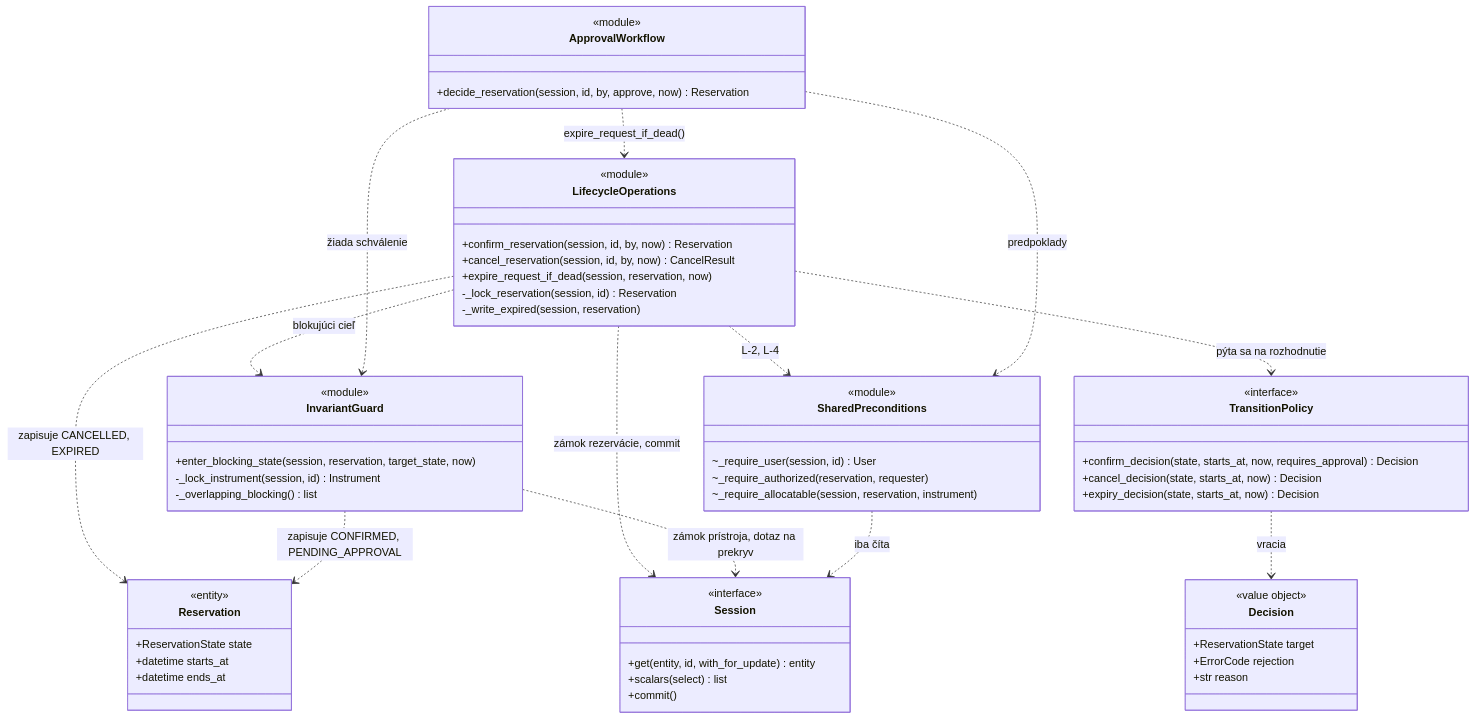
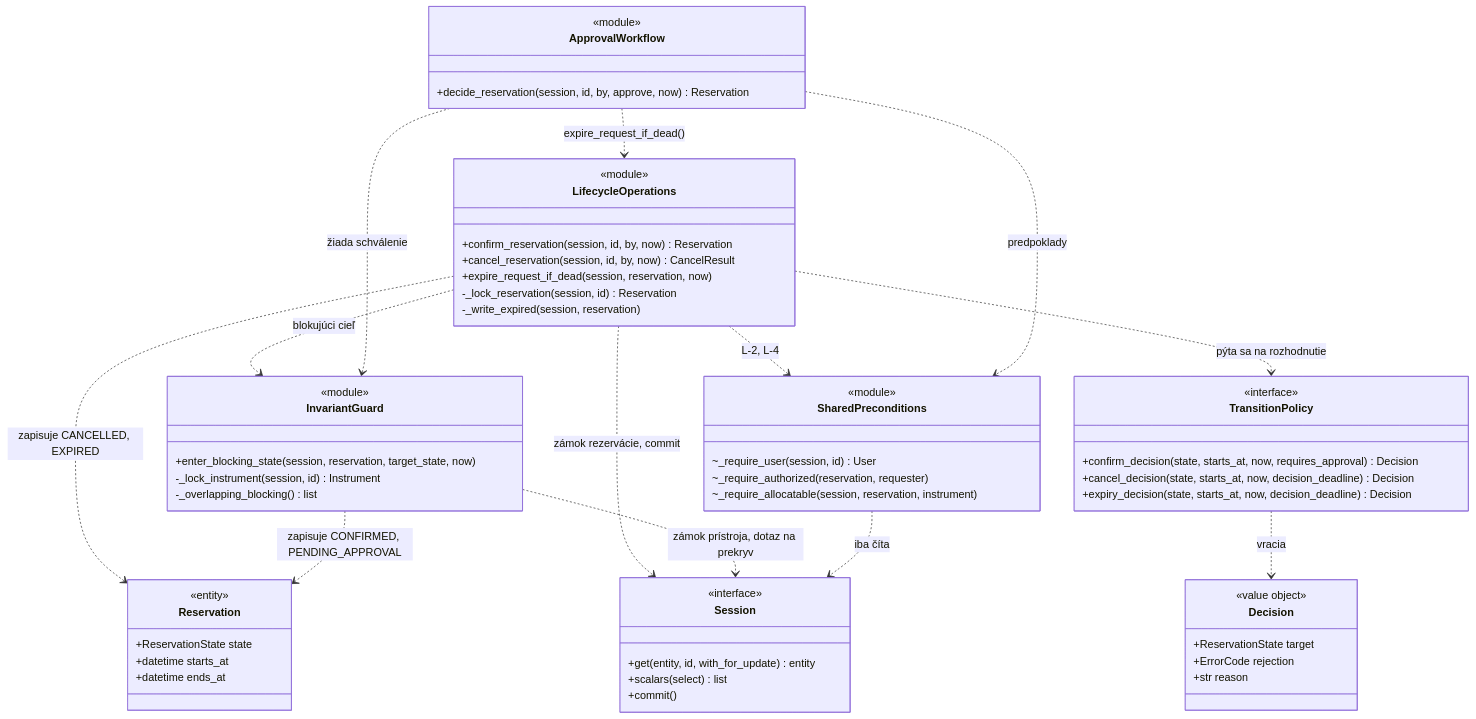
One commit to thspowered/SWI-LAB changed the fourth of 5 diagrams in docs/architecture-and-decisions.md. Above: the diagram before and after it, drawn with Mermaid. The commit also changed other lines of this file, not shown here.

````diff
--- a/docs/architecture-and-decisions.md
+++ b/docs/architecture-and-decisions.md
@@ -1215,64 +1216,64 @@
 ```mermaid
 classDiagram
     class LifecycleOperations {
         <<module>>
         +confirm_reservation(session, id, by, now) Reservation
         +cancel_reservation(session, id, by, now) CancelResult
         +expire_request_if_dead(session, reservation, now)
         -_lock_reservation(session, id) Reservation
         -_write_expired(session, reservation)
     }
     class TransitionPolicy {
         <<interface>>
         +confirm_decision(state, starts_at, now, requires_approval) Decision
-        +cancel_decision(state, starts_at, now) Decision
-        +expiry_decision(state, starts_at, now) Decision
+        +cancel_decision(state, starts_at, now, decision_deadline) Decision
+        +expiry_decision(state, starts_at, now, decision_deadline) Decision
     }
     class Decision {
         <<value object>>
         +ReservationState target
         +ErrorCode rejection
         +str reason
     }
     class InvariantGuard {
         <<module>>
         +enter_blocking_state(session, reservation, target_state, now)
         -_lock_instrument(session, id) Instrument
         -_overlapping_blocking() list
     }
     class SharedPreconditions {
         <<module>>
         ~_require_user(session, id) User
         ~_require_authorized(reservation, requester)
         ~_require_allocatable(session, reservation, instrument)
     }
     class Reservation {
         <<entity>>
         +ReservationState state
         +datetime starts_at
         +datetime ends_at
     }
     class Session {
         <<interface>>
         +get(entity, id, with_for_update) entity
         +scalars(select) list
         +commit()
     }
     class ApprovalWorkflow {
         <<module>>
         +decide_reservation(session, id, by, approve, now) Reservation
     }
 
     LifecycleOperations ..> TransitionPolicy : pýta sa na rozhodnutie
     TransitionPolicy ..> Decision : vracia
     LifecycleOperations ..> SharedPreconditions : L-2, L-4
     LifecycleOperations ..> InvariantGuard : blokujúci cieľ
     LifecycleOperations ..> Reservation : zapisuje CANCELLED, EXPIRED
     InvariantGuard ..> Reservation : zapisuje CONFIRMED, PENDING_APPROVAL
     LifecycleOperations ..> Session : zámok rezervácie, commit
     InvariantGuard ..> Session : zámok prístroja, dotaz na prekryv
     SharedPreconditions ..> Session : iba číta
     ApprovalWorkflow ..> InvariantGuard : žiada schválenie
     ApprovalWorkflow ..> LifecycleOperations : expire_request_if_dead()
     ApprovalWorkflow ..> SharedPreconditions : predpoklady
 ```
````
